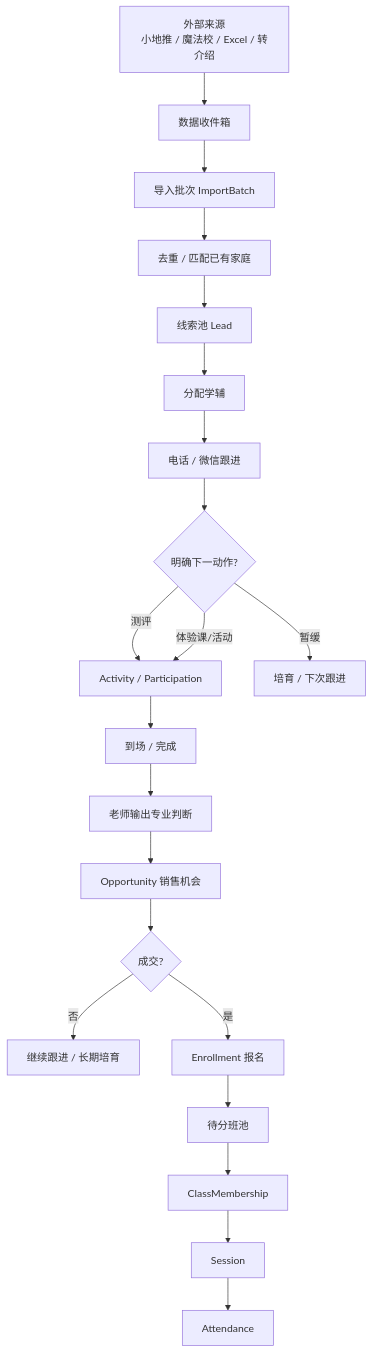
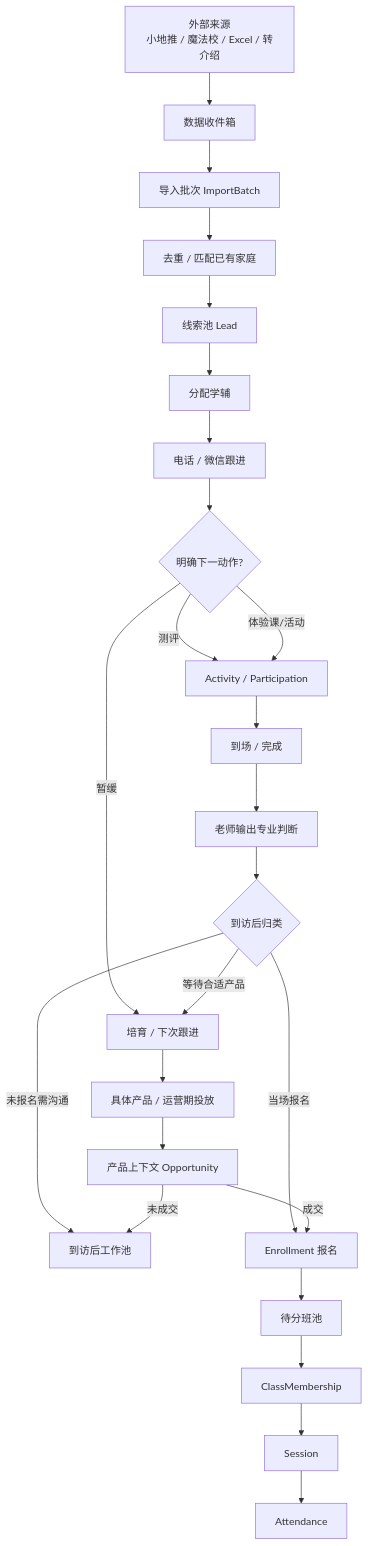
The diagram in docs/plan/30-mathin_school_ops_architecture_plan.md (swingislee/mathin), drawn with Mermaid before and after one commit. The commit also changed other lines of this file and 17 other files, not shown here.

````diff
--- a/docs/plan/30-mathin_school_ops_architecture_plan.md
+++ b/docs/plan/30-mathin_school_ops_architecture_plan.md
@@ -437,23 +439,27 @@
 ```mermaid
 flowchart TD
     A[外部来源\n小地推 / 魔法校 / Excel / 转介绍] --> B[数据收件箱]
     B --> C[导入批次 ImportBatch]
     C --> D[去重 / 匹配已有家庭]
     D --> E[线索池 Lead]
     E --> F[分配学辅]
     F --> G[电话 / 微信跟进]
     G --> H{明确下一动作?}
     H -->|测评| I[Activity / Participation]
     H -->|体验课/活动| I
     H -->|暂缓| J[培育 / 下次跟进]
     I --> K[到场 / 完成]
     K --> L[老师输出专业判断]
-    L --> M[Opportunity 销售机会]
-    M --> N{成交?}
-    N -->|否| O[继续跟进 / 长期培育]
-    N -->|是| P[Enrollment 报名]
+    L --> M{到访后归类}
+    M -->|未报名需沟通| O[到访后工作池]
+    M -->|等待合适产品| J
+    M -->|当场报名| P[Enrollment 报名]
+    J --> U[具体产品 / 运营期投放]
+    U --> V[产品上下文 Opportunity]
+    V -->|成交| P
+    V -->|未成交| O
     P --> Q[待分班池]
     Q --> R[ClassMembership]
     R --> S[Session]
     S --> T[Attendance]
 ```
````
